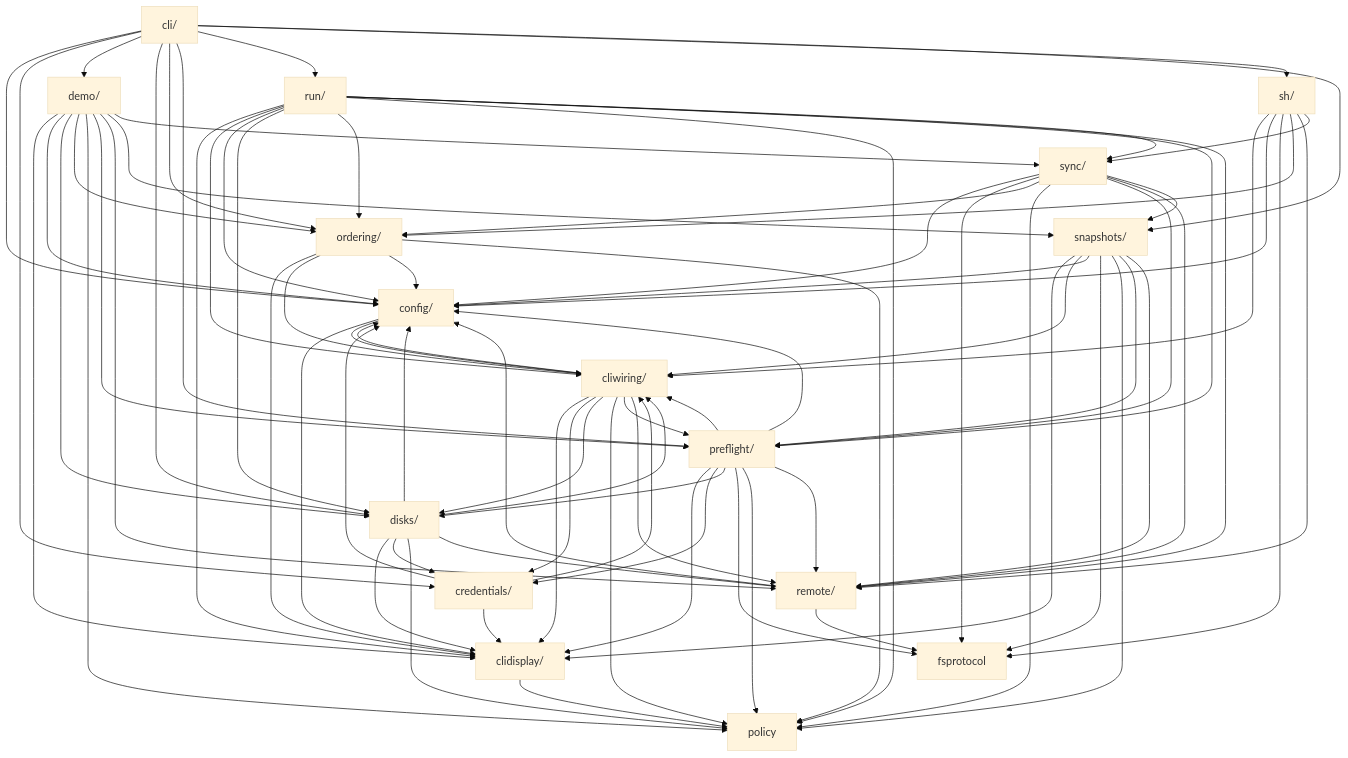
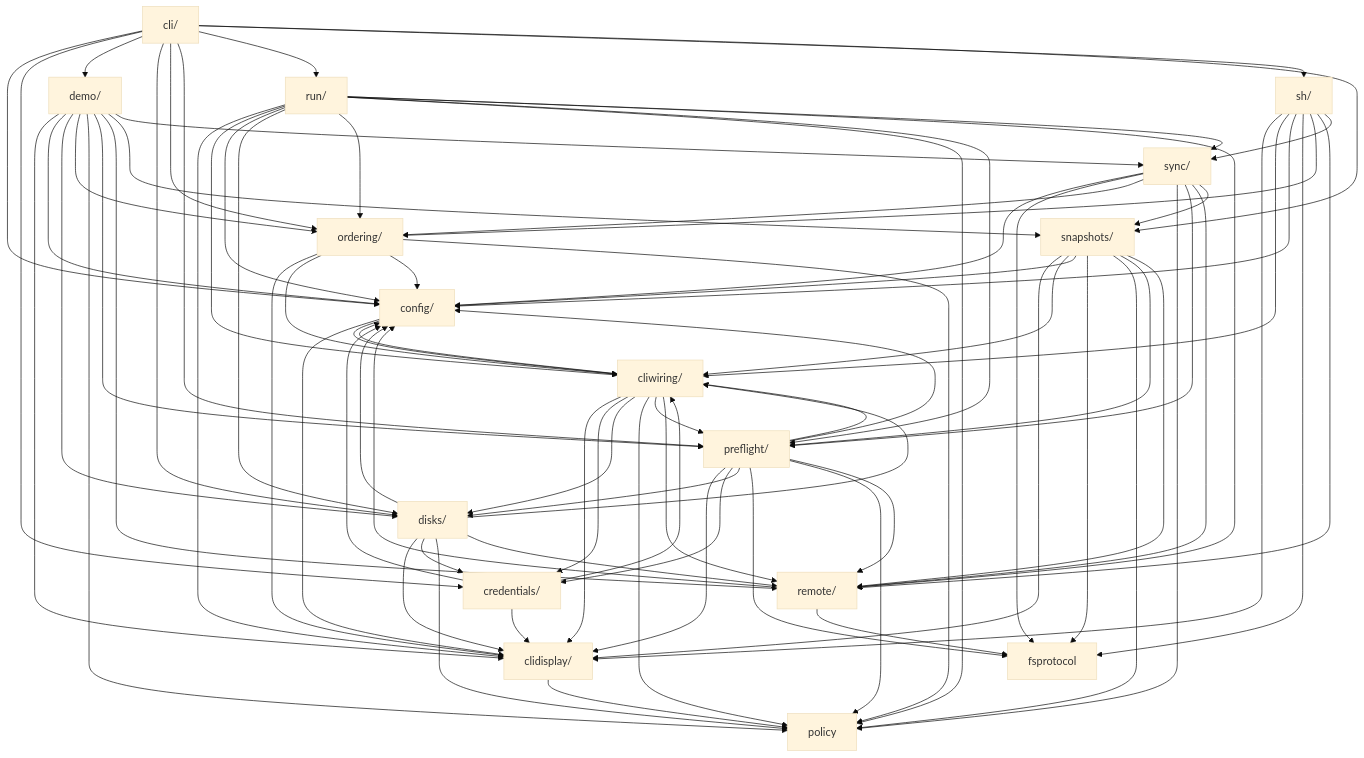
The diagram in docs/architecture.md (iglootools/nbkp), drawn with Mermaid (base theme) before and after one commit. The commit also changed 11 other files, not shown here.

```diff
--- a/docs/architecture.md
+++ b/docs/architecture.md
@@ -116,6 +116,7 @@
     run --> preflight
     run --> remote
     run --> sync
+    sh --> clidisplay
     sh --> cliwiring
     sh --> config
     sh --> fsprotocol
```
